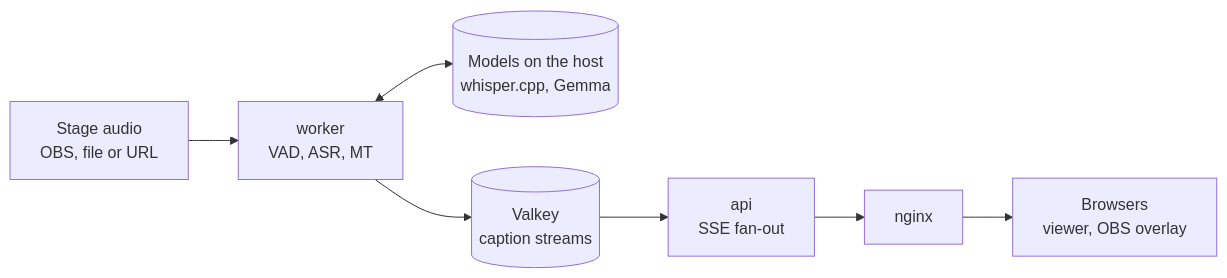
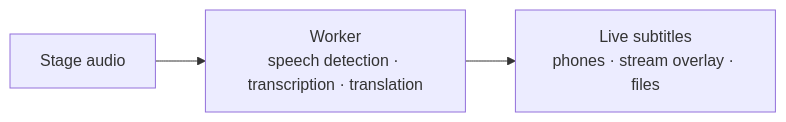
The diagram in README.md (ezequieltosi96/conffy), drawn with Mermaid before and after one commit. The commit also changed other lines of this file and 9 other files, not shown here.

````diff
--- a/README.md
+++ b/README.md
@@ -54,9 +35,5 @@
 ```mermaid
 flowchart LR
-  A["Stage audio<br/>OBS, file or URL"] --> W["worker<br/>VAD, ASR, MT"]
-  W <--> M[("Models on the host<br/>whisper.cpp, Gemma")]
-  W --> V[("Valkey<br/>caption streams")]
-  V --> API["api<br/>SSE fan-out"]
-  API --> N[nginx]
-  N --> B["Browsers<br/>viewer, OBS overlay"]
+  IN["Stage audio"] --> W["Worker<br/>speech detection · transcription · translation"]
+  W --> OUT["Live subtitles<br/>phones · stream overlay · files"]
 ```
````
